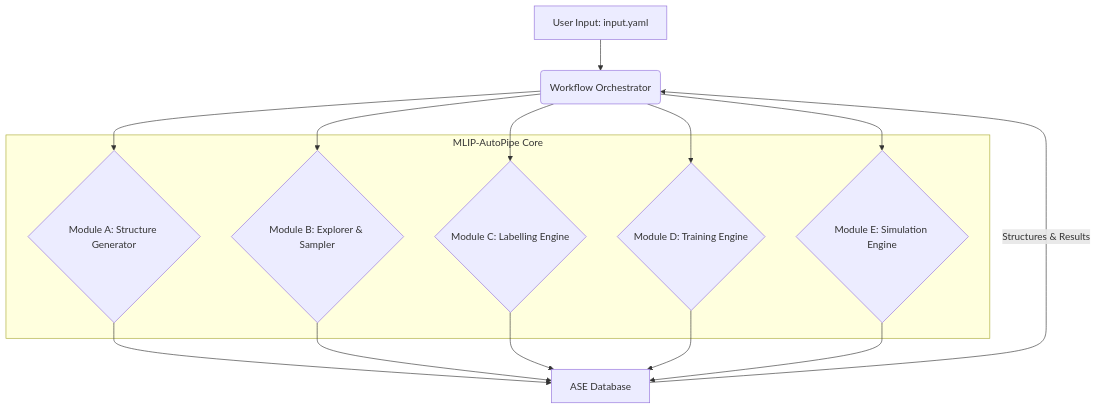
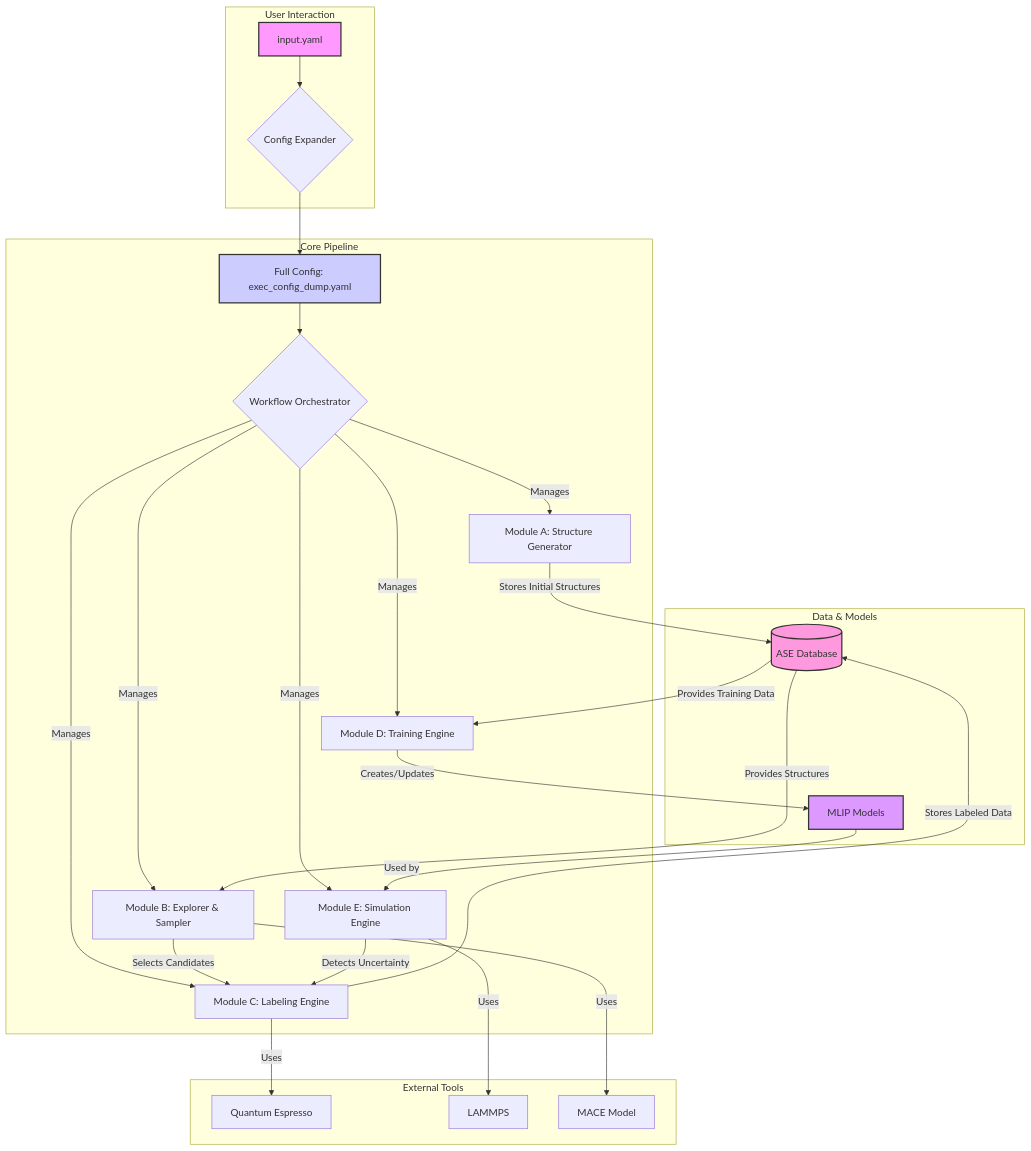
Before and after one commit to tsuyama1990/template_cli_agent: the diagram in dev_documents/system_prompts/SYSTEM_ARCHITECTURE.md, drawn with Mermaid. The commit also changed other lines of this file and 10 other files, not shown here.

First line of the commit message:
feat(architect): Generate complete project documentation set

````diff
--- a/dev_documents/system_prompts/SYSTEM_ARCHITECTURE.md
+++ b/dev_documents/system_prompts/SYSTEM_ARCHITECTURE.md
@@ -25,18 +27,45 @@
 ```mermaid
 graph TD
-    A[User Input: input.yaml] --> B(Workflow Orchestrator);
-    B --> C{Module A: Structure Generator};
-    C --> D[ASE Database];
-    B --> E{Module B: Explorer & Sampler};
-    E --> D;
-    B --> F{Module C: Labelling Engine};
-    F --> D;
-    B --> G{Module D: Training Engine};
-    G --> D;
-    B --> H{Module E: Simulation Engine};
-    H --> D;
-    D -- Structures & Results --> B;
-    subgraph "MLIP-AutoPipe Core"
-        C; E; F; G; H;
+    subgraph User Interaction
+        A[input.yaml] --> B{Config Expander};
     end
+
+    subgraph Core Pipeline
+        B --> C[Full Config: exec_config_dump.yaml];
+        C --> D{Workflow Orchestrator};
+
+        D -- Manages --> E[Module A: Structure Generator];
+        D -- Manages --> F[Module B: Explorer & Sampler];
+        D -- Manages --> G[Module C: Labeling Engine];
+        D -- Manages --> H[Module D: Training Engine];
+        D -- Manages --> I[Module E: Simulation Engine];
+    end
+
+    subgraph Data & Models
+        J[(ASE Database)]
+        K[MLIP Models]
+    end
+
+    subgraph External Tools
+        L[Quantum Espresso];
+        M[LAMMPS];
+        N[MACE Model];
+    end
+
+    E -- Stores Initial Structures --> J;
+    J -- Provides Structures --> F;
+    F -- Uses --> N;
+    F -- Selects Candidates --> G;
+    G -- Uses --> L;
+    G -- Stores Labeled Data --> J;
+    J -- Provides Training Data --> H;
+    H -- Creates/Updates --> K;
+    K -- Used by --> I;
+    I -- Uses --> M;
+    I -- Detects Uncertainty --> G;
+
+    style A fill:#f9f,stroke:#333,stroke-width:2px
+    style C fill:#ccf,stroke:#333,stroke-width:2px
+    style J fill:#f9d,stroke:#333,stroke-width:2px
+    style K fill:#d9f,stroke:#333,stroke-width:2px
 ```
````
